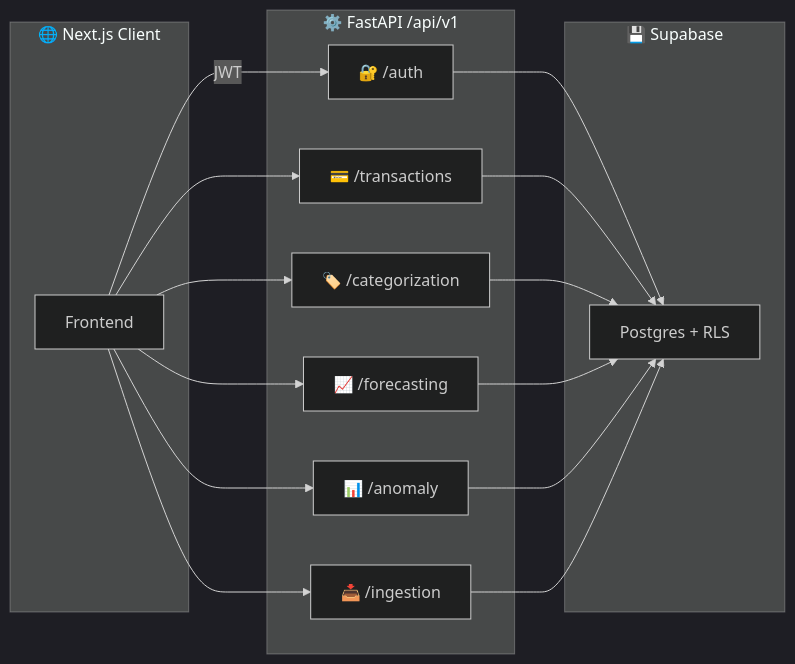
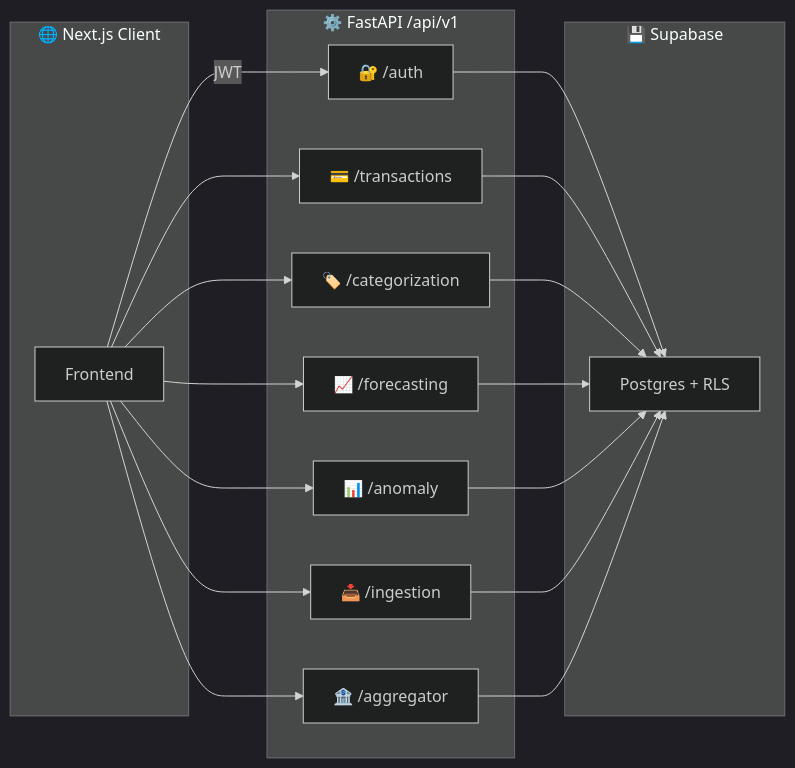
The third of 3 diagrams in docs/design/api-design.md (hassang371/spendsmart-dashboard), drawn with Mermaid (dark theme) before and after one commit. The commit also changed other lines of this file and 2 other files, not shown here.

Commit message:
docs: mark 004-account-aggregator Verified, sync HLD docs
LLD status: Draft → Verified. All 7 success criteria checked off.

api-design.md: added /aggregator to domain endpoint map + changelog.
database-design.md: documented bank_accounts table + account_id FK
changes to transactions + changelog.

Refs: docs/features/004-account-aggregator.md

````diff
--- a/docs/design/api-design.md
+++ b/docs/design/api-design.md
@@ -159,24 +159,26 @@
 ```mermaid
 graph LR
     subgraph Client["🌐 Next.js Client"]
         FE["Frontend"]
     end
     subgraph API["⚙️ FastAPI /api/v1"]
         AU["🔐 /auth"]
         TR["💳 /transactions"]
         CA["🏷️ /categorization"]
         FO["📈 /forecasting"]
         AN["📊 /anomaly"]
         IN["📥 /ingestion"]
+        AG["🏦 /aggregator"]
     end
     subgraph DB["💾 Supabase"]
         PG["Postgres + RLS"]
     end
     FE -->|"JWT"| AU
     FE --> TR
     FE --> CA
     FE --> FO
     FE --> AN
     FE --> IN
-    AU & TR & CA & FO & AN & IN --> PG
+    FE --> AG
+    AU & TR & CA & FO & AN & IN & AG --> PG
 ```
````
